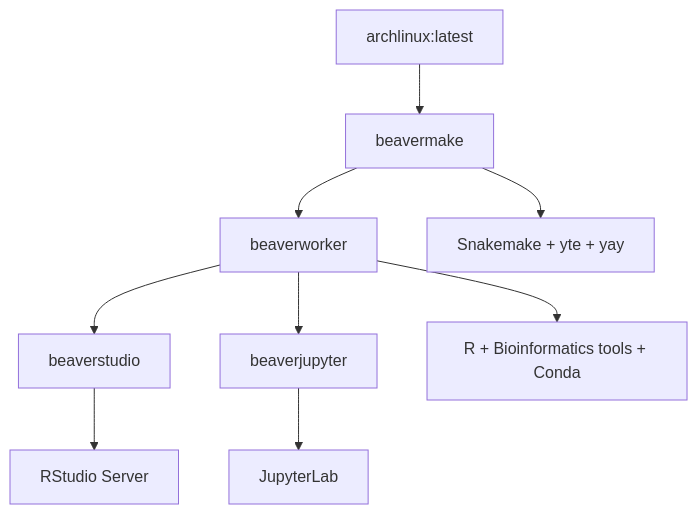
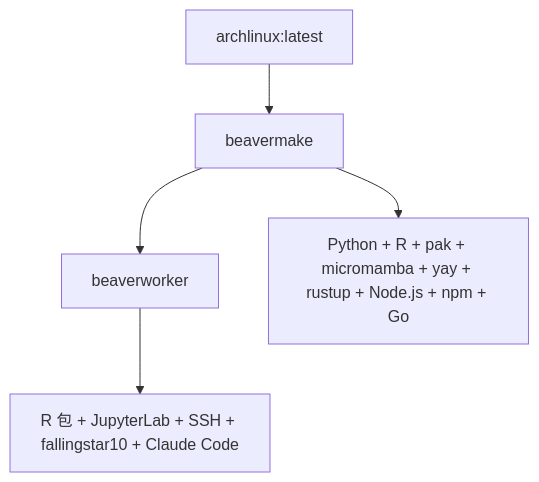
The diagram in README.md (rainoffallingstar/BeaverdownContainers), drawn with Mermaid before and after one commit. The commit also changed other lines of this file and 9 other files, not shown here.

First line of the commit message:
Simplify container architecture from 4 to 2 containers

````diff
--- a/README.md
+++ b/README.md
@@ -29,12 +31,8 @@
 ```mermaid
 graph TD
     A[archlinux:latest] --> B[beavermake]
     B --> C[beaverworker]
-    C --> D[beaverstudio]
-    C --> E[beaverjupyter]
 
-    B --> F[Snakemake + yte + yay]
-    C --> G[R + Bioinformatics tools + Conda]
-    D --> H[RStudio Server]
-    E --> I[JupyterLab]
+    B --> D[Python + R + pak + micromamba + yay + rustup + Node.js + npm + Go]
+    C --> E[R 包 + JupyterLab + SSH + fallingstar10 + Claude Code]
 ```
````
